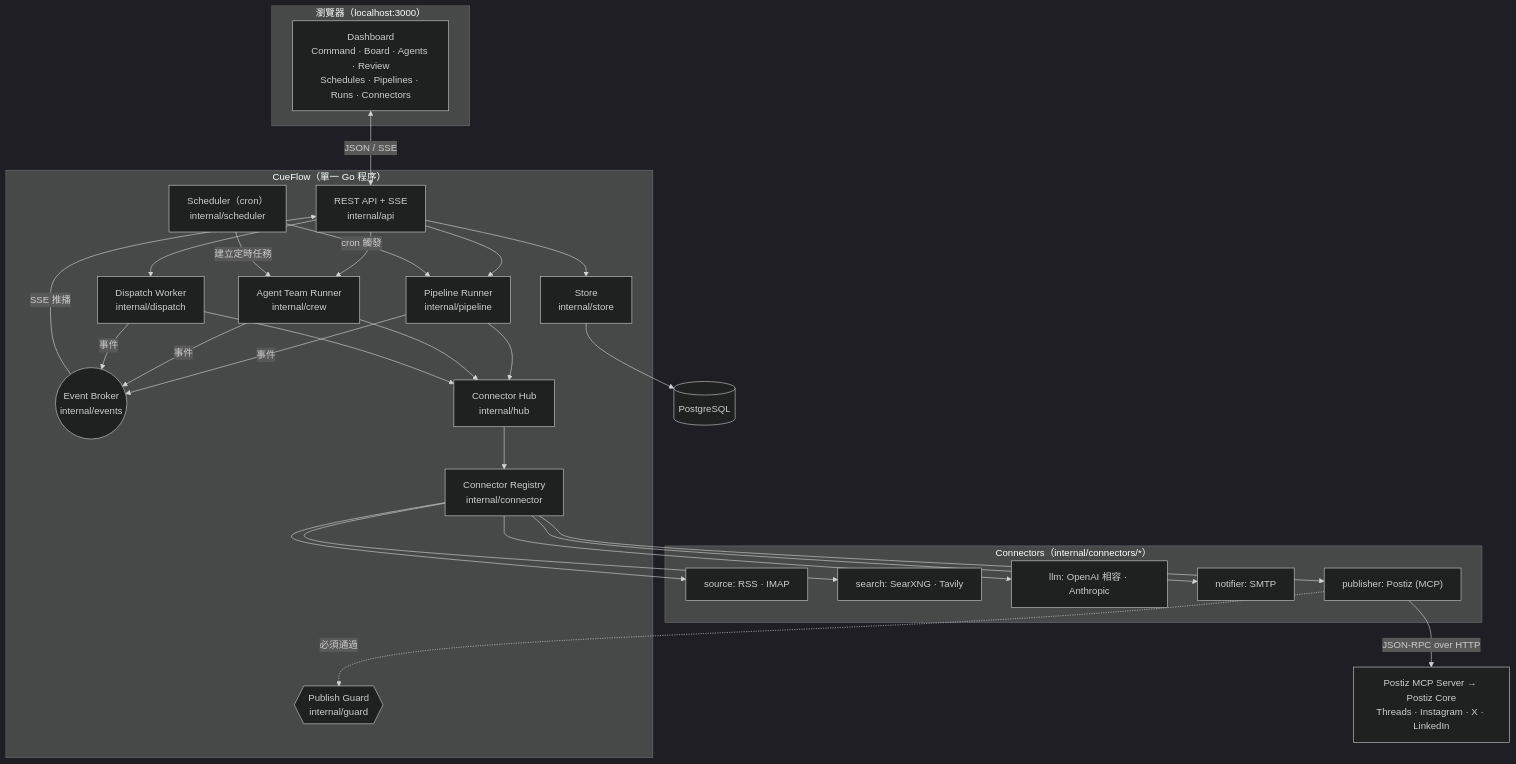
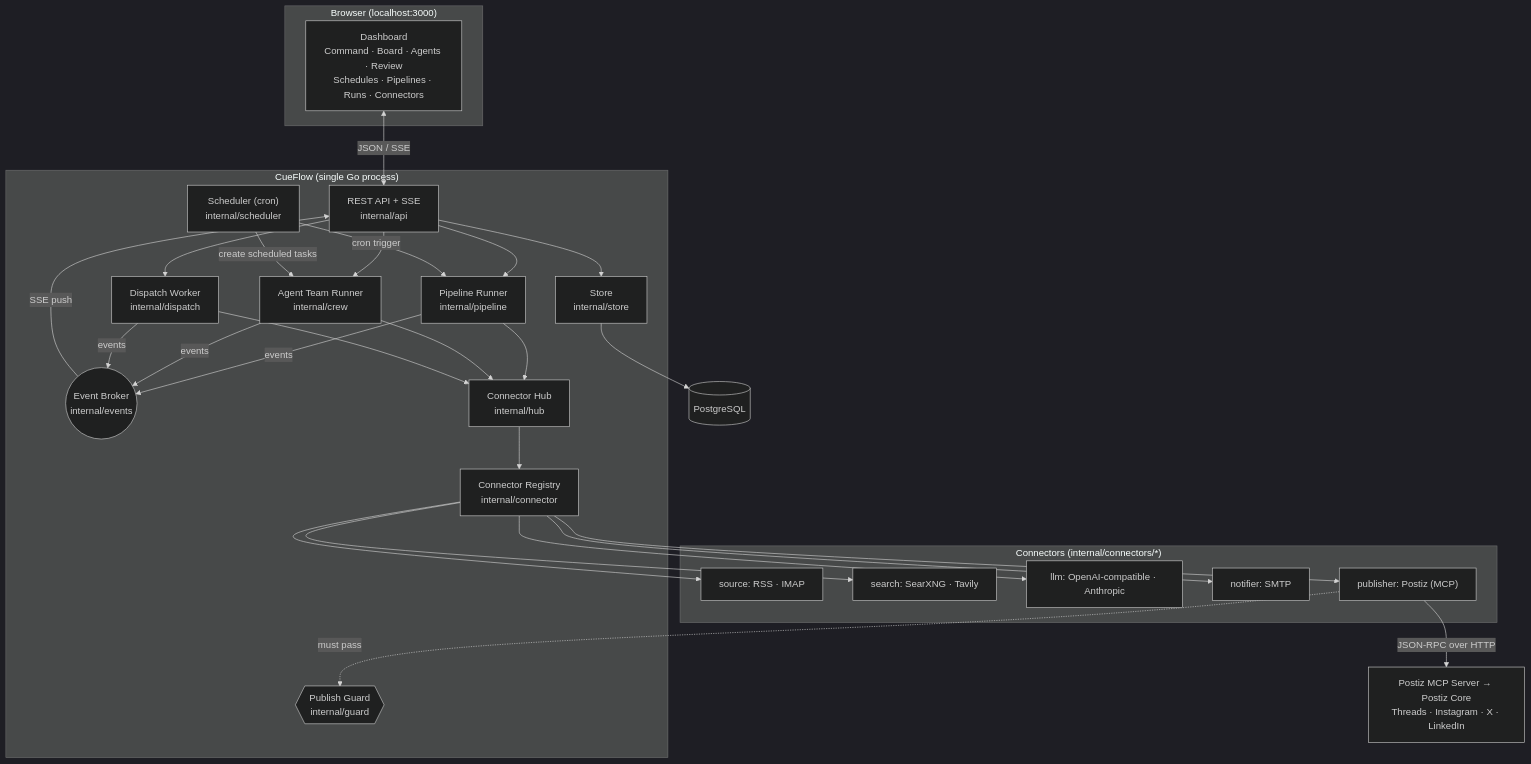
One commit to j75689/cueflow changed the first of 6 diagrams in docs/architecture.md. Above: the diagram before and after it, drawn with Mermaid (dark theme). The commit also changed other lines of this file and 20 other files, not shown here.

````diff
--- a/docs/architecture.md
+++ b/docs/architecture.md
@@ -19,49 +22,49 @@
 ```mermaid
 flowchart TB
-    subgraph Browser["瀏覽器（localhost:3000）"]
+    subgraph Browser["Browser (localhost:3000)"]
         UI["Dashboard<br/>Command · Board · Agents · Review<br/>Schedules · Pipelines · Runs · Connectors"]
     end
 
-    subgraph Core["CueFlow（單一 Go 程序）"]
+    subgraph Core["CueFlow (single Go process)"]
         API["REST API + SSE<br/>internal/api"]
         Broker(("Event Broker<br/>internal/events"))
-        Sched["Scheduler（cron）<br/>internal/scheduler"]
+        Sched["Scheduler (cron)<br/>internal/scheduler"]
         Pipe["Pipeline Runner<br/>internal/pipeline"]
         Crew["Agent Team Runner<br/>internal/crew"]
         Disp["Dispatch Worker<br/>internal/dispatch"]
         Hub["Connector Hub<br/>internal/hub"]
         Reg["Connector Registry<br/>internal/connector"]
         Guard{{"Publish Guard<br/>internal/guard"}}
         Store["Store<br/>internal/store"]
     end
 
     DB[("PostgreSQL")]
 
-    subgraph Plugins["Connectors（internal/connectors/*）"]
+    subgraph Plugins["Connectors (internal/connectors/*)"]
         Src["source: RSS · IMAP"]
         Search["search: SearXNG · Tavily"]
-        LLM["llm: OpenAI 相容 · Anthropic"]
+        LLM["llm: OpenAI-compatible · Anthropic"]
         Notif["notifier: SMTP"]
         Pub["publisher: Postiz (MCP)"]
     end
 
     Postiz["Postiz MCP Server → Postiz Core<br/>Threads · Instagram · X · LinkedIn"]
 
     UI <-->|"JSON / SSE"| API
     API --> Store
     API --> Crew
     API --> Disp
     API --> Pipe
-    Broker -->|"SSE 推播"| API
-    Sched -->|"cron 觸發"| Pipe
-    Sched -->|"建立定時任務"| Crew
+    Broker -->|"SSE push"| API
+    Sched -->|"cron trigger"| Pipe
+    Sched -->|"create scheduled tasks"| Crew
     Pipe --> Hub
     Crew --> Hub
     Disp --> Hub
     Hub --> Reg
     Reg --> Src & Search & LLM & Notif & Pub
-    Pub -.->|"必須通過"| Guard
+    Pub -.->|"must pass"| Guard
     Pub -->|"JSON-RPC over HTTP"| Postiz
     Store --> DB
-    Pipe & Crew & Disp -->|"事件"| Broker
+    Pipe & Crew & Disp -->|"events"| Broker
 ```
````
